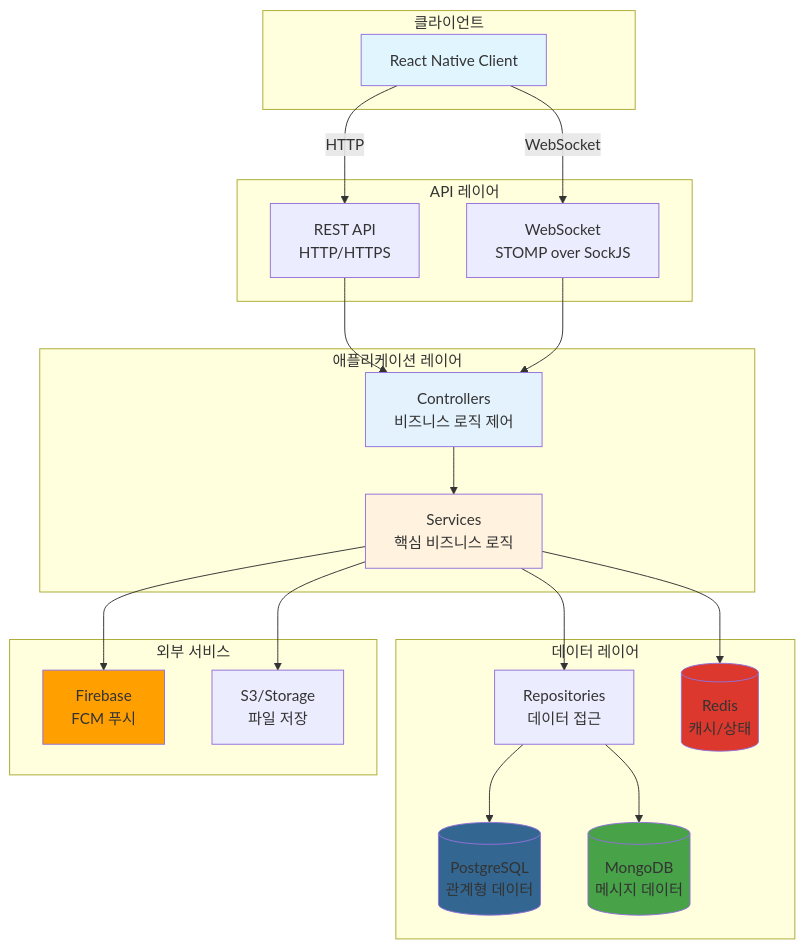
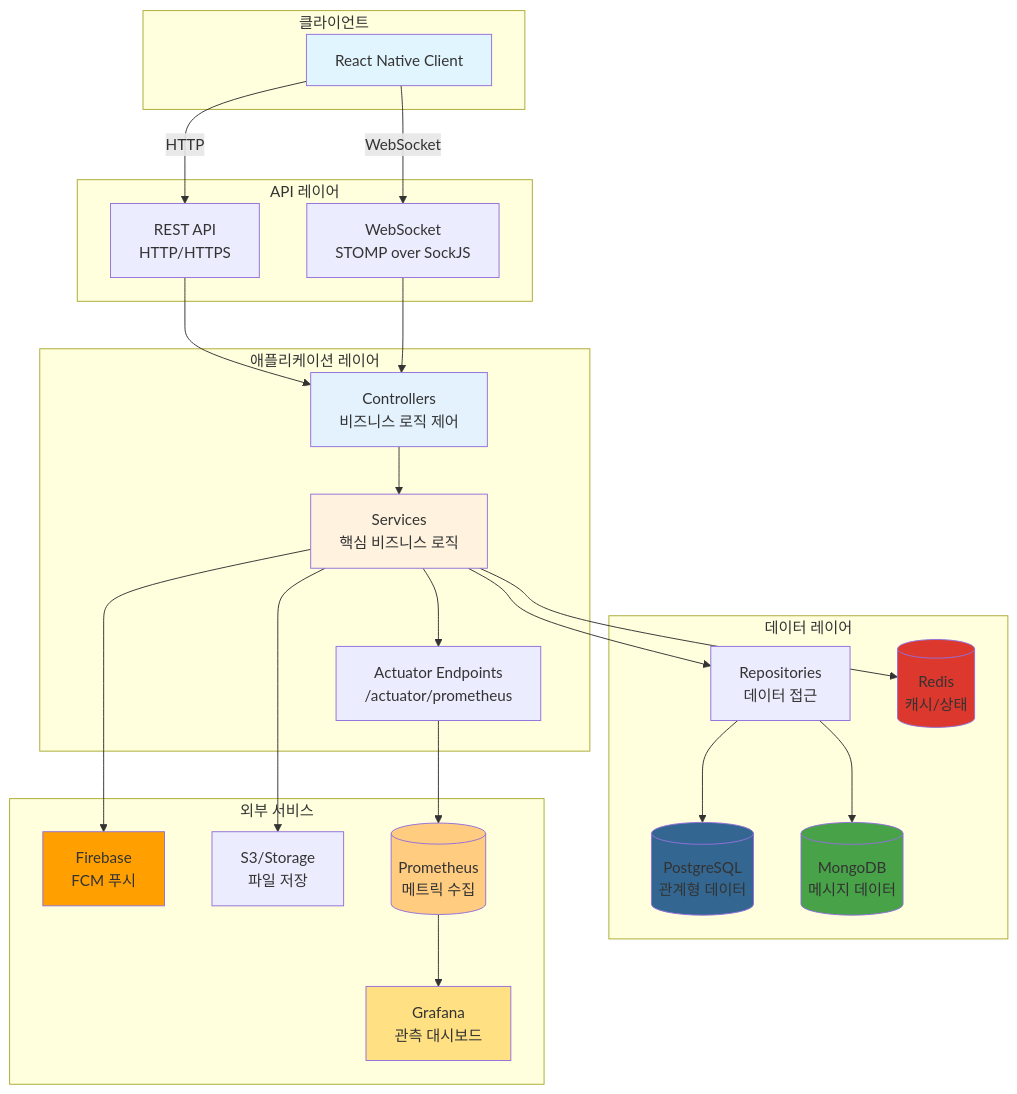
Diagram 13 of 18 in documents/system-architecture-diagrams.md (SaraHan774/Cupid), drawn with Mermaid before and after one commit. The commit also changed other lines of this file and 14 other files, not shown here.

````diff
--- a/documents/system-architecture-diagrams.md
+++ b/documents/system-architecture-diagrams.md
@@ -962,48 +978,56 @@
 ```mermaid
 graph TB
     subgraph "클라이언트"
         Client[React Native Client]
     end
     
     subgraph "API 레이어"
         REST[REST API<br/>HTTP/HTTPS]
         WebSocket[WebSocket<br/>STOMP over SockJS]
     end
     
     subgraph "애플리케이션 레이어"
         Controllers[Controllers<br/>비즈니스 로직 제어]
         Services[Services<br/>핵심 비즈니스 로직]
+        Actuator[Actuator Endpoints<br/>/actuator/prometheus]
     end
     
     subgraph "데이터 레이어"
         Repositories[Repositories<br/>데이터 접근]
         PostgreSQL[(PostgreSQL<br/>관계형 데이터)]
         MongoDB[(MongoDB<br/>메시지 데이터)]
         Redis[(Redis<br/>캐시/상태)]
     end
     
     subgraph "외부 서비스"
         Firebase[Firebase<br/>FCM 푸시]
         Storage[S3/Storage<br/>파일 저장]
+        Prometheus[(Prometheus<br/>메트릭 수집)]
+        Grafana[Grafana<br/>관측 대시보드]
     end
     
     Client -->|HTTP| REST
     Client -->|WebSocket| WebSocket
     REST --> Controllers
     WebSocket --> Controllers
     Controllers --> Services
     Services --> Repositories
     Repositories --> PostgreSQL
     Repositories --> MongoDB
     Services --> Redis
     Services --> Firebase
     Services --> Storage
+    Services --> Actuator
+    Actuator --> Prometheus
+    Prometheus --> Grafana
     
     style Client fill:#e1f5ff
     style Controllers fill:#e3f2fd
     style Services fill:#fff3e0
     style PostgreSQL fill:#336791
     style MongoDB fill:#47A248
     style Redis fill:#DC382D
     style Firebase fill:#FFA000
+    style Prometheus fill:#ffcc80
+    style Grafana fill:#ffe082
 ```
````
